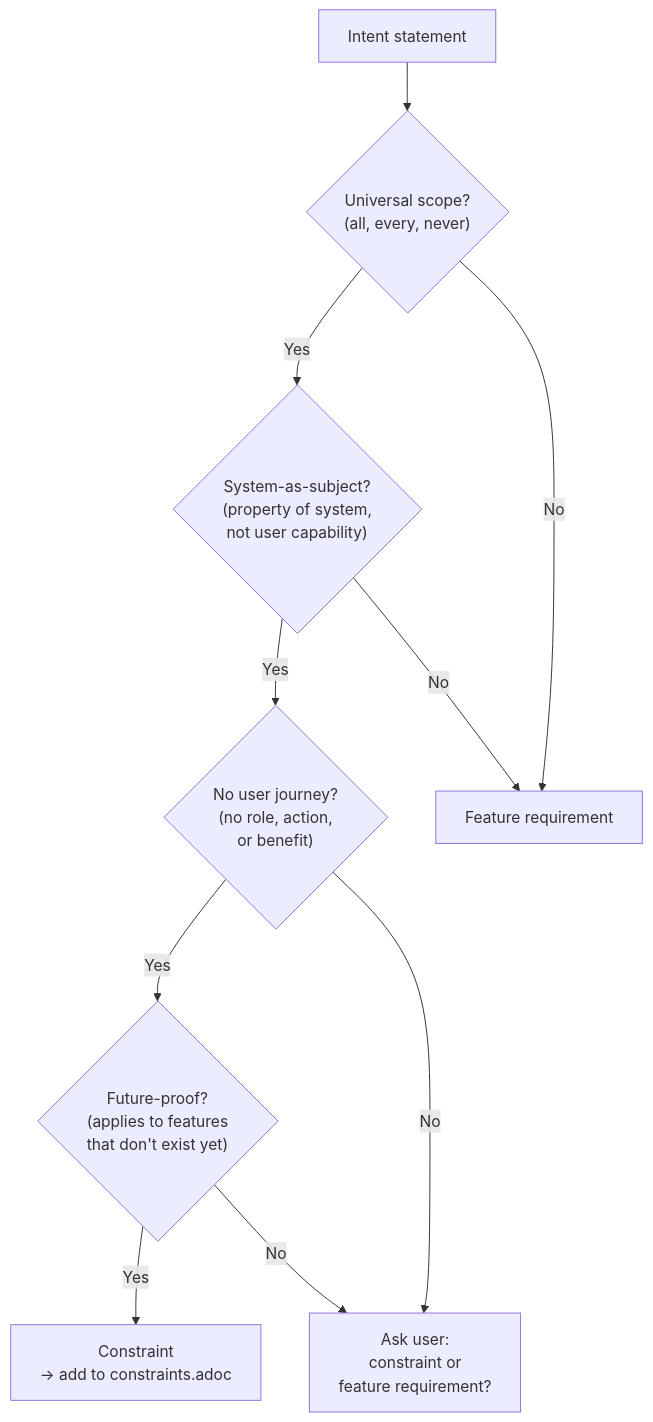
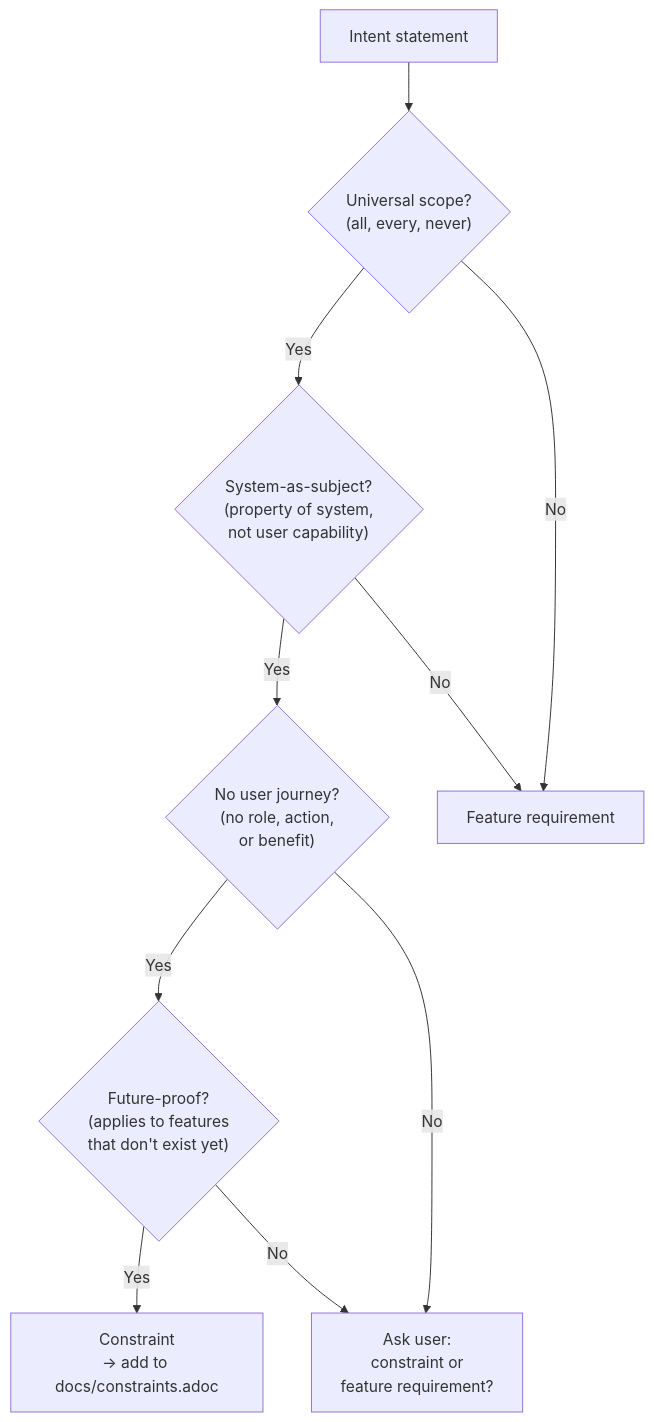
One commit to provenimpact/proven-needs changed the second of 7 diagrams in skills/proven-needs/SKILL.md. Above: the diagram before and after it, drawn with Mermaid. The commit also changed other lines of this file and 19 other files, not shown here.

First line of the commit message:
docs: move constraints.adoc path from project root to docs/

````diff
--- a/skills/proven-needs/SKILL.md
+++ b/skills/proven-needs/SKILL.md
@@ -210,16 +210,16 @@
 ```mermaid
 flowchart TD
     INTENT["Intent statement"] --> Q1{"Universal scope?<br/>(all, every, never)"}
 
     Q1 -->|Yes| Q2{"System-as-subject?<br/>(property of system,<br/>not user capability)"}
     Q1 -->|No| FEATURE["Feature requirement"]
 
     Q2 -->|Yes| Q3{"No user journey?<br/>(no role, action,<br/>or benefit)"}
     Q2 -->|No| FEATURE
 
     Q3 -->|Yes| Q4{"Future-proof?<br/>(applies to features<br/>that don't exist yet)"}
     Q3 -->|No| ASK["Ask user:<br/>constraint or<br/>feature requirement?"]
 
-    Q4 -->|Yes| CONSTRAINT["Constraint<br/>→ add to constraints.adoc"]
+    Q4 -->|Yes| CONSTRAINT["Constraint<br/>→ add to docs/constraints.adoc"]
     Q4 -->|No| ASK
 ```
````
